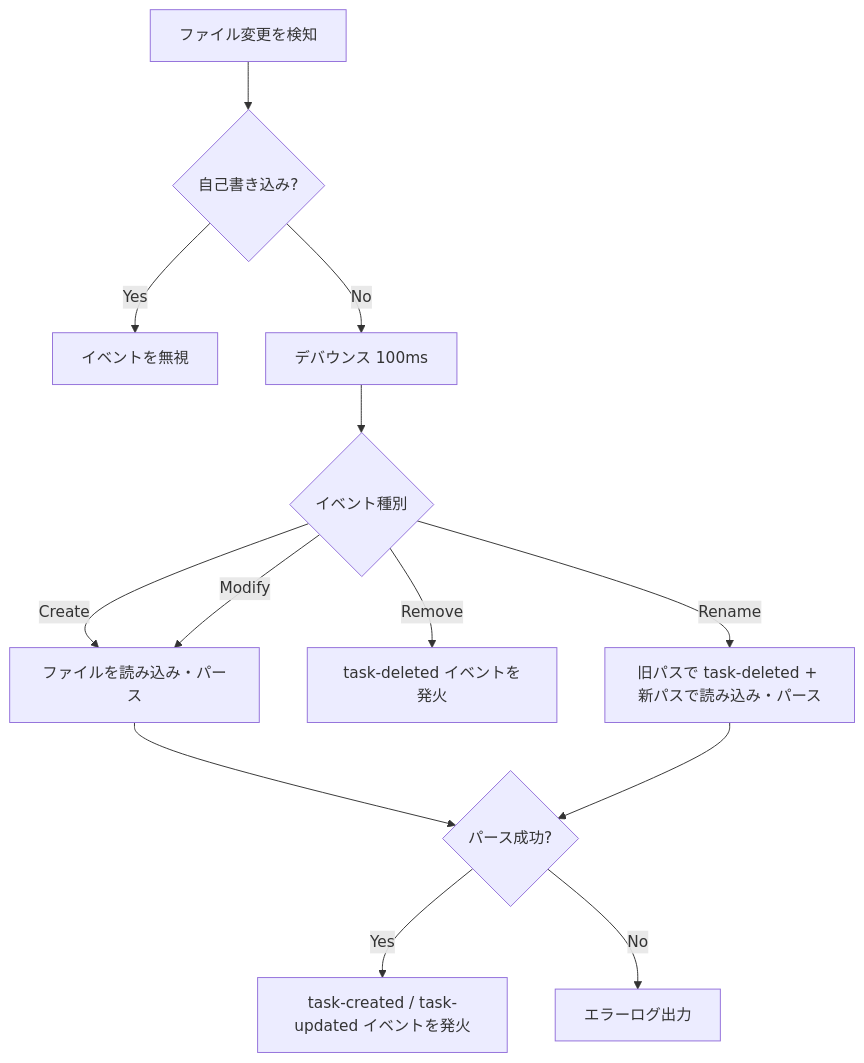
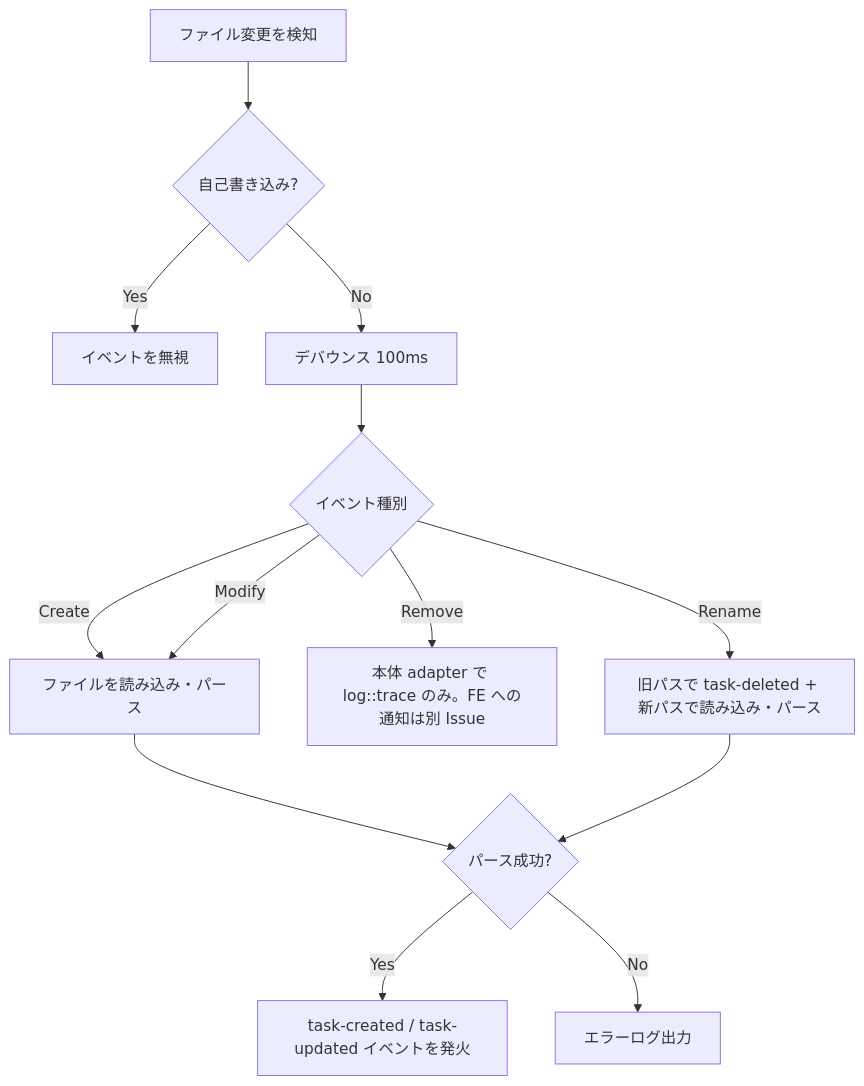
One commit to DIO0550/spec-board changed the diagram in docs/spec-board/file-system-spec.md. Above: the diagram before and after it, drawn with Mermaid. The commit also changed other lines of this file and 10 other files, not shown here.

````diff
--- a/docs/spec-board/file-system-spec.md
+++ b/docs/spec-board/file-system-spec.md
@@ -263,15 +266,15 @@
 ```mermaid
 flowchart TD
     A[ファイル変更を検知] --> A1{自己書き込み?}
     A1 -->|Yes| A2[イベントを無視]
     A1 -->|No| B[デバウンス 100ms]
     B --> C{イベント種別}
     C -->|Create| D[ファイルを読み込み・パース]
     C -->|Modify| D
-    C -->|Remove| E[task-deleted イベントを発火]
+    C -->|Remove| E[本体 adapter で log::trace のみ。FE への通知は別 Issue]
     C -->|Rename| R[旧パスで task-deleted + 新パスで読み込み・パース]
     D --> F{パース成功?}
     R --> F
     F -->|Yes| G[task-created / task-updated イベントを発火]
     F -->|No| H[エラーログ出力]
 ```
````
